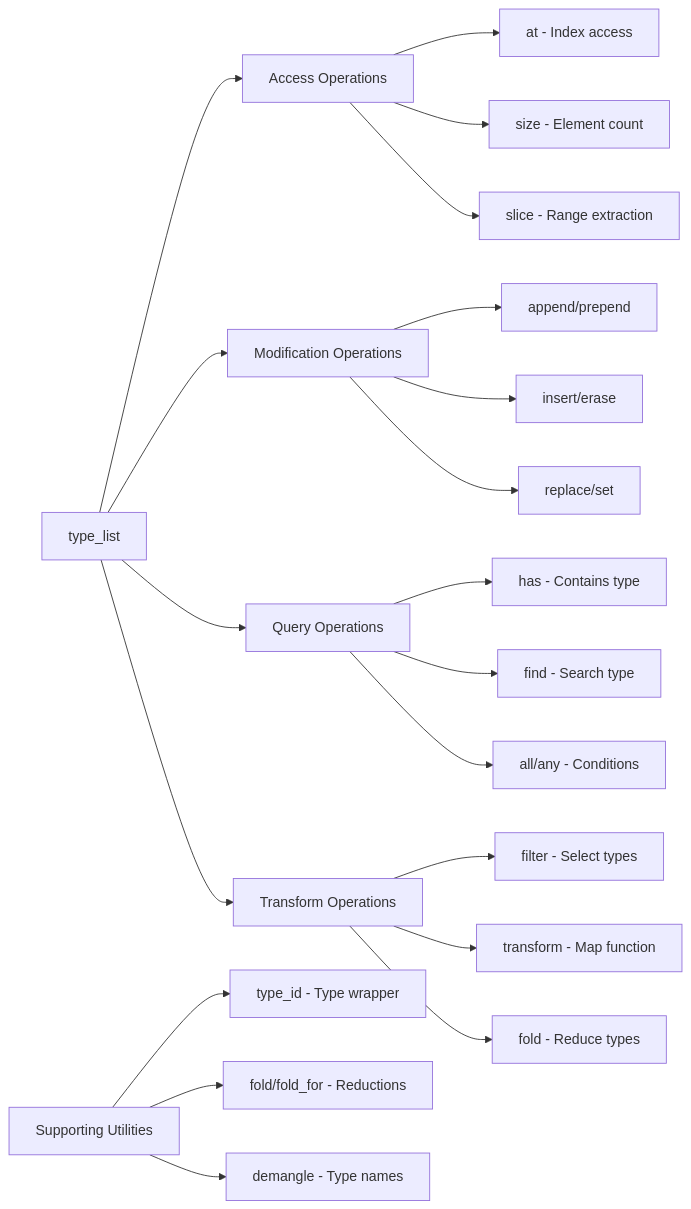
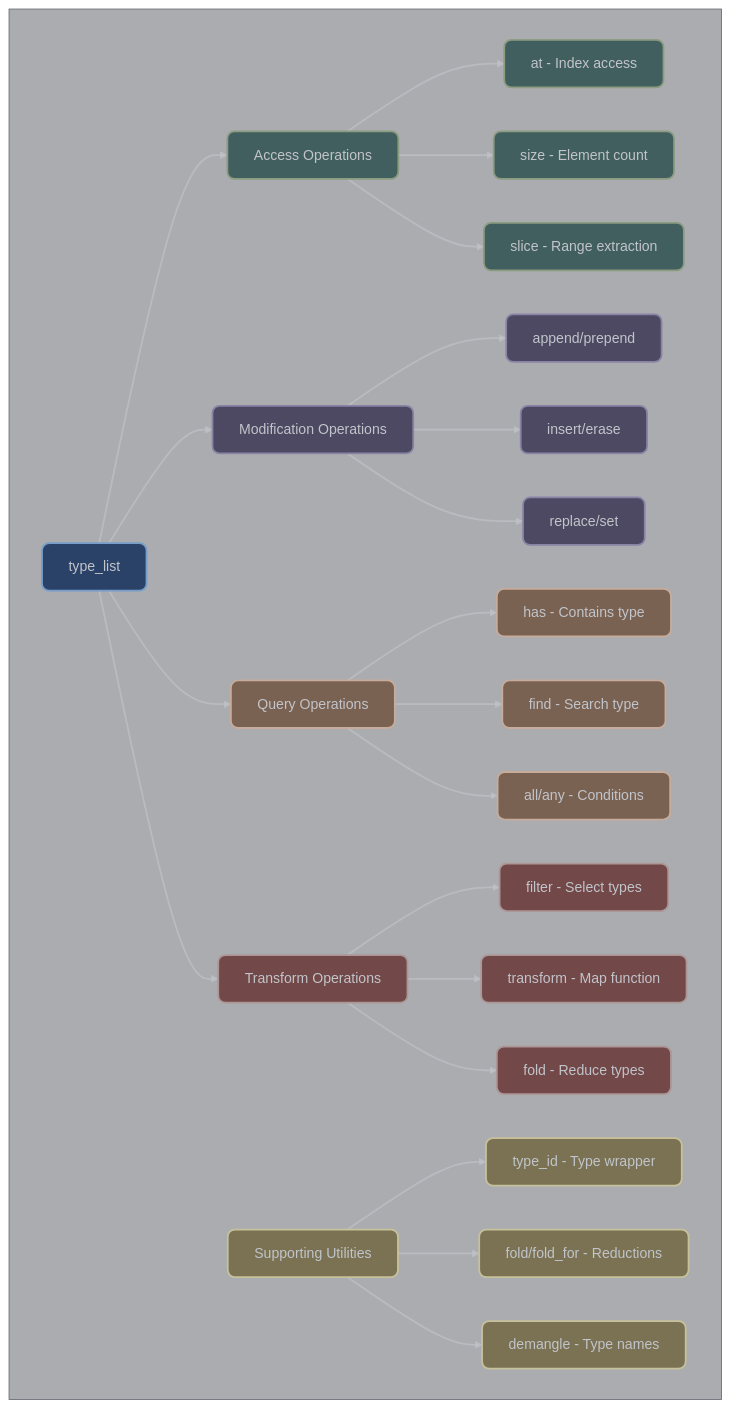
One commit to vorlac/xieite changed the diagram in docs/src/categories/meta/templates.md. Above: the diagram before and after it, drawn with Mermaid. The commit also changed other lines of this file and 44 other files, not shown here.

````diff
--- a/docs/src/categories/meta/templates.md
+++ b/docs/src/categories/meta/templates.md
@@ -431,27 +430,92 @@
 ```mermaid
-graph LR
-    A[type_list] --> B[Access Operations]
-    A --> C[Modification Operations]
-    A --> D[Query Operations]
-    A --> E[Transform Operations]
+---
+config:
+    theme: 'base'
+    curve: 'straight'
+    themeVariables:
+        darkMode: true
+        clusterBkg: '#22272f62'
+        clusterBorder: '#6a6f77ff'
+        clusterTextColor: '#6a6f77ff'
+        lineColor: '#C1C4CAAA'
+        background: '#262B33'
+        primaryColor: '#2b4268ff'
+        primaryTextColor: '#C1C4CAff'
+        primaryBorderColor: '#6a6f77ff'
+        primaryLabelBkg: '#262B33'
+        secondaryColor: '#425f5fff'
+        secondaryBorderColor: '#8c9c81ff'
+        secondaryTextColor: '#C1C4CAff'
+        tertiaryColor: '#4d4962ff'
+        tertiaryBorderColor: '#8983a5ff'
+        tertiaryTextColor: '#eeeeee55'
+        nodeTextColor: '#C1C4CA'
+        defaultLinkColor: '#C1C4CA'
+        edgeLabelBackground: '#262B33'
+        edgeLabelBorderColor: '#C1C4CAff'
+        labelTextColor: '#ffffff'
+        errorBkgColor: '#724848ff'
+        errorTextColor: '#C1C4CA'
+        flowchart:
+            curve: 'basis'
+            nodeSpacing: 50
+            rankSpacing: 50
+            subGraphTitleMargin:
+                top: 15
+                bottom: 15
+                left: 15
+                right: 15
+---
+flowchart LR
+    subgraph asdf[" "]
+        direction LR
+        A[type_list] --> B[Access Operations]
+        A --> C[Modification Operations]
+        A --> D[Query Operations]
+        A --> E[Transform Operations]
 
-    B --> B1[at - Index access]
-    B --> B2[size - Element count]
-    B --> B3[slice - Range extraction]
+        B --> B1[at - Index access]
+        B --> B2[size - Element count]
+        B --> B3[slice - Range extraction]
 
-    C --> C1[append/prepend]
-    C --> C2[insert/erase]
-    C --> C3[replace/set]
+        C --> C1[append/prepend]
+        C --> C2[insert/erase]
+        C --> C3[replace/set]
 
-    D --> D1[has - Contains type]
-    D --> D2[find - Search type]
-    D --> D3[all/any - Conditions]
+        D --> D1[has - Contains type]
+        D --> D2[find - Search type]
+        D --> D3[all/any - Conditions]
 
-    E --> E1[filter - Select types]
-    E --> E2[transform - Map function]
-    E --> E3[fold - Reduce types]
+        E --> E1[filter - Select types]
+        E --> E2[transform - Map function]
+        E --> E3[fold - Reduce types]
 
-    F[Supporting Utilities] --> F1[type_id - Type wrapper]
-    F --> F2[fold/fold_for - Reductions]
-    F --> F3[demangle - Type names]
+        F[Supporting Utilities] --> F1[type_id - Type wrapper]
+        F --> F2[fold/fold_for - Reductions]
+        F --> F3[demangle - Type names]
+    end
+
+    linkStyle default stroke:#C1C4CAaa,stroke-width:2px,color:#C1C4CAaa
+
+    style A fill:#2b4268ff,stroke:#779DC9ff,stroke-width:2px,color:#C1C4CA,rx:8,ry:8
+    style B fill:#425f5fff,stroke:#8c9c81ff,stroke-width:2px,color:#C1C4CA,rx:8,ry:8
+    style B1 fill:#425f5fff,stroke:#8c9c81ff,stroke-width:2px,color:#C1C4CA,rx:8,ry:8
+    style B2 fill:#425f5fff,stroke:#8c9c81ff,stroke-width:2px,color:#C1C4CA,rx:8,ry:8
+    style B3 fill:#425f5fff,stroke:#8c9c81ff,stroke-width:2px,color:#C1C4CA,rx:8,ry:8
+    style C fill:#4d4962ff,stroke:#8983a5ff,stroke-width:2px,color:#C1C4CA,rx:8,ry:8
+    style C1 fill:#4d4962ff,stroke:#8983a5ff,stroke-width:2px,color:#C1C4CA,rx:8,ry:8
+    style C2 fill:#4d4962ff,stroke:#8983a5ff,stroke-width:2px,color:#C1C4CA,rx:8,ry:8
+    style C3 fill:#4d4962ff,stroke:#8983a5ff,stroke-width:2px,color:#C1C4CA,rx:8,ry:8
+    style D fill:#7a6253ff,stroke:#c7ac9bff,stroke-width:2px,color:#C1C4CA,rx:8,ry:8
+    style D1 fill:#7a6253ff,stroke:#c7ac9bff,stroke-width:2px,color:#C1C4CA,rx:8,ry:8
+    style D2 fill:#7a6253ff,stroke:#c7ac9bff,stroke-width:2px,color:#C1C4CA,rx:8,ry:8
+    style D3 fill:#7a6253ff,stroke:#c7ac9bff,stroke-width:2px,color:#C1C4CA,rx:8,ry:8
+    style E fill:#724848ff,stroke:#ac9696ff,stroke-width:2px,color:#C1C4CA,rx:8,ry:8
+    style E1 fill:#724848ff,stroke:#ac9696ff,stroke-width:2px,color:#C1C4CA,rx:8,ry:8
+    style E2 fill:#724848ff,stroke:#ac9696ff,stroke-width:2px,color:#C1C4CA,rx:8,ry:8
+    style E3 fill:#724848ff,stroke:#ac9696ff,stroke-width:2px,color:#C1C4CA,rx:8,ry:8
+    style F fill:#7a7253ff,stroke:#c7c19bff,stroke-width:2px,color:#C1C4CA,rx:8,ry:8
+    style F1 fill:#7a7253ff,stroke:#c7c19bff,stroke-width:2px,color:#C1C4CA,rx:8,ry:8
+    style F2 fill:#7a7253ff,stroke:#c7c19bff,stroke-width:2px,color:#C1C4CA,rx:8,ry:8
+    style F3 fill:#7a7253ff,stroke:#c7c19bff,stroke-width:2px,color:#C1C4CA,rx:8,ry:8
 ```
````
